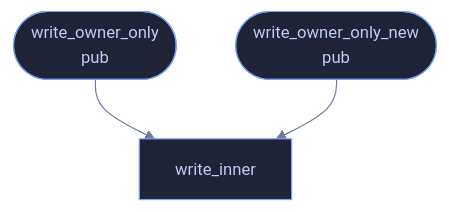
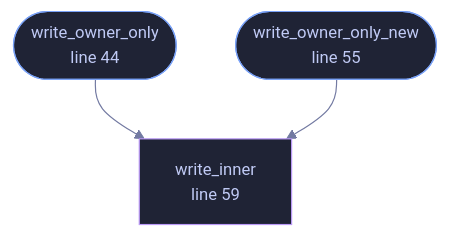
Before and after one commit to tilas01/veilvoice: the diagram in docs/files/veilvoice-crypto/privatefile.md, drawn with Mermaid. The commit also changed other lines of this file and 182 other files, not shown here.

````diff
--- a/docs/files/veilvoice-crypto/privatefile.md
+++ b/docs/files/veilvoice-crypto/privatefile.md
@@ -66,9 +80,13 @@
 ```mermaid
 %%{init: {"theme":"base","themeVariables":{"background":"#1a1b26","primaryColor":"#1f2335","primaryTextColor":"#c0caf5","primaryBorderColor":"#7aa2f7","secondaryColor":"#16161e","tertiaryColor":"#16161e","lineColor":"#737aa2","textColor":"#c0caf5","mainBkg":"#1f2335","nodeBorder":"#7aa2f7","clusterBkg":"#16161e","clusterBorder":"#2f3549","fontFamily":"ui-monospace, SFMono-Regular, Consolas, monospace","fontSize":"14px"}}}%%
 flowchart TD
-    n_write_owner_only(["write_owner_only<br/>pub"])
-    n_write_owner_only_new(["write_owner_only_new<br/>pub"])
-    n_write_inner["write_inner"]
+    n_write_owner_only(["write_owner_only<br/>line 44"])
+    n_write_owner_only_new(["write_owner_only_new<br/>line 55"])
+    n_write_inner["write_inner<br/>line 59"]
     n_write_owner_only --> n_write_inner
     n_write_owner_only_new --> n_write_inner
+    classDef entry fill:#1f2335,stroke:#7aa2f7,color:#c0caf5
+    class n_write_owner_only,n_write_owner_only_new entry
+    classDef helper fill:#1f2335,stroke:#bb9af7,color:#c0caf5
+    class n_write_inner helper
 ```
````
